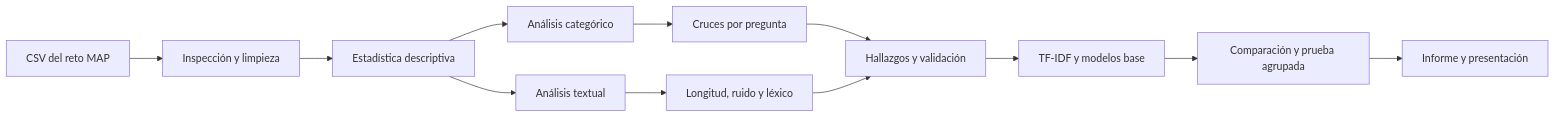
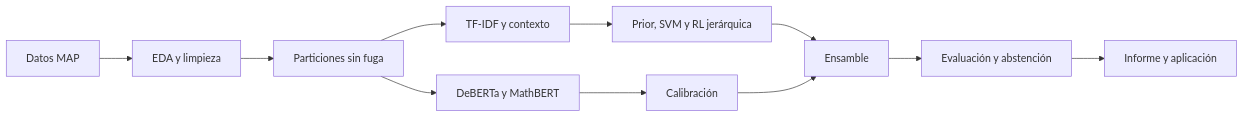
The diagram in README.md (DanielBarillasM/Proyecto-2_Grupo-1_DS_Sec-10), drawn with Mermaid before and after one commit. The commit also changed other lines of this file, not shown here.

````diff
--- a/README.md
+++ b/README.md
@@ -199,14 +126,13 @@
 ```mermaid
 flowchart LR
-    A[CSV del reto MAP] --> B[Inspección y limpieza]
-    B --> C[Estadística descriptiva]
-    C --> D[Análisis categórico]
-    C --> E[Análisis textual]
-    D --> F[Cruces por pregunta]
-    E --> G[Longitud, ruido y léxico]
-    F --> H[Hallazgos y validación]
+    A[Datos MAP] --> B[EDA y limpieza]
+    B --> C[Particiones sin fuga]
+    C --> D[TF-IDF y contexto]
+    C --> E[DeBERTa y MathBERT]
+    D --> F[Prior, SVM y RL jerárquica]
+    E --> G[Calibración]
+    F --> H[Ensamble]
     G --> H
-    H --> I[TF-IDF y modelos base]
-    I --> J[Comparación y prueba agrupada]
-    J --> K[Informe y presentación]
+    H --> I[Evaluación y abstención]
+    I --> J[Informe y aplicación]
 ```
````
